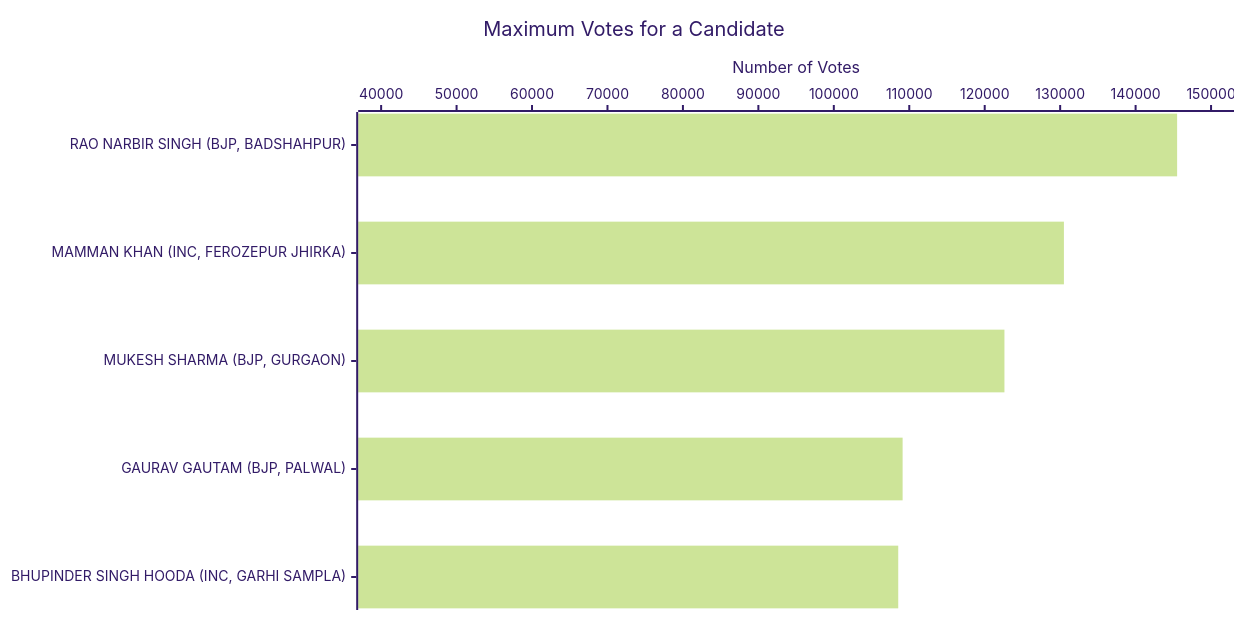
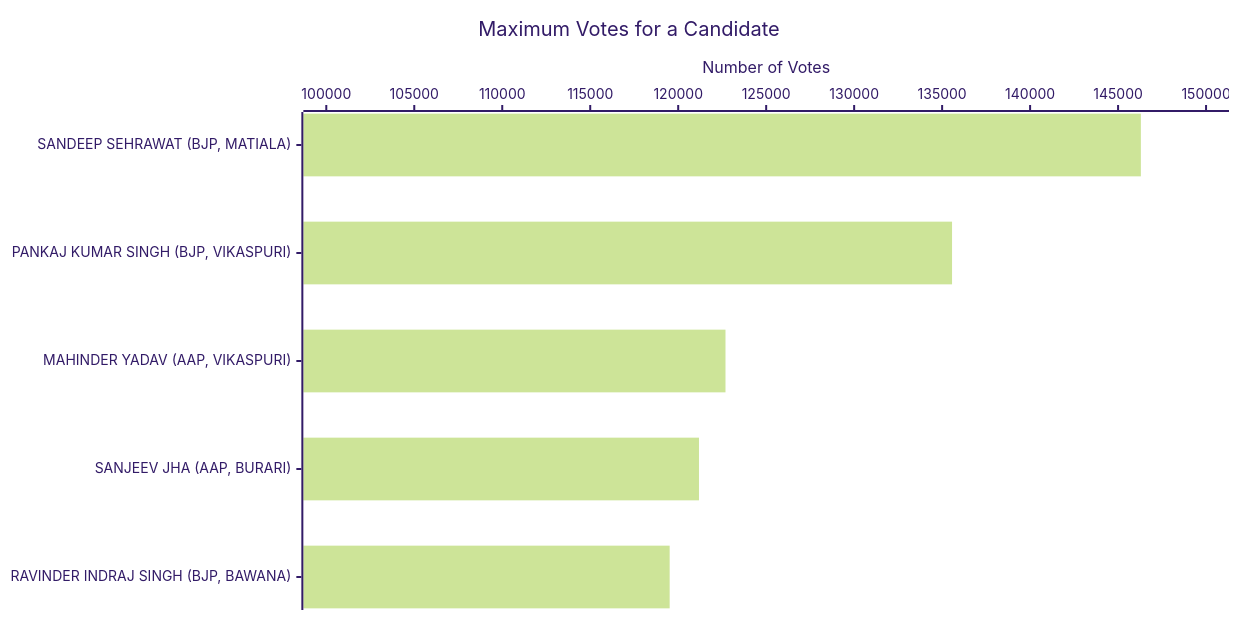
Before and after one commit to arjunswaj/elections: the second of 19 diagrams in NEWDELHI-GRAPH.md, drawn with Mermaid (forest theme). The commit also changed other lines of this file, not shown here.

Commit message:
Updating the Graphical format

````diff
--- a/NEWDELHI-GRAPH.md
+++ b/NEWDELHI-GRAPH.md
@@ -66,14 +66,14 @@
 ```mermaid
 ---
 config:
     xyChart:
         width: 1200
         height: 600
         chartOrientation: horizontal
 ---
 xychart-beta
     title "Maximum Votes for a Candidate"
-    x-axis ["RAO NARBIR SINGH (BJP, BADSHAHPUR)", "MAMMAN KHAN (INC, FEROZEPUR JHIRKA)", "MUKESH SHARMA (BJP, GURGAON)", "GAURAV GAUTAM (BJP, PALWAL)", "BHUPINDER SINGH HOODA (INC, GARHI SAMPLA)"]
-    y-axis "Number of Votes" 40000 --> 150000
-    bar [145503, 130497, 122615, 109118, 108539]
+    x-axis ["SANDEEP SEHRAWAT (BJP, MATIALA)", "PANKAJ KUMAR SINGH (BJP, VIKASPURI)", "MAHINDER YADAV (AAP, VIKASPURI)", "SANJEEV JHA (AAP, BURARI)", "RAVINDER INDRAJ SINGH (BJP, BAWANA)"]
+    y-axis "Number of Votes" 100000 --> 150000
+    bar [146295, 135564, 122688, 121181, 119515]
 ```
````
